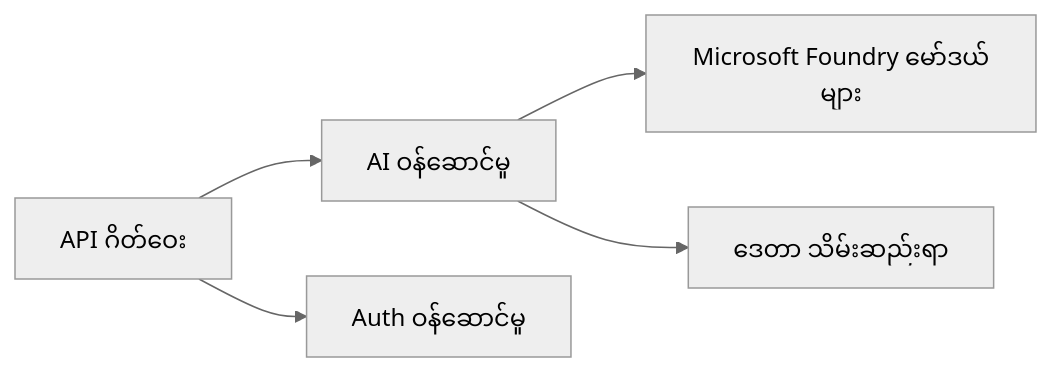
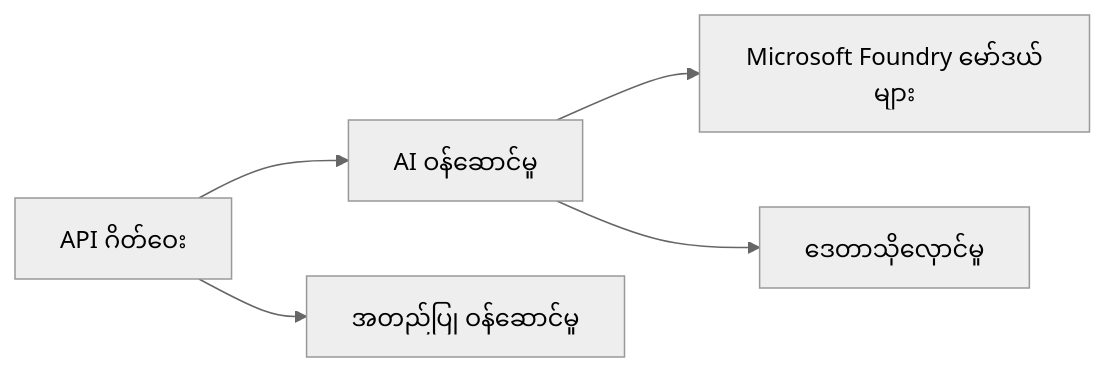
One commit to microsoft/AZD-for-beginners changed the first of 2 diagrams in translations/my/docs/chapter-08-production/README.md. Above: the diagram before and after it, drawn with Mermaid (neutral theme). The commit also changed other lines of this file and 104 other files, not shown here.

````diff
--- a/translations/my/docs/chapter-08-production/README.md
+++ b/translations/my/docs/chapter-08-production/README.md
@@ -48,6 +48,6 @@
 ```mermaid
 graph LR
     Gateway[API ဂိတ်ဝေး] --> AI[AI ဝန်ဆောင်မှု] --> Models[Microsoft Foundry မော်ဒယ်များ]
-    Gateway --> Auth[Auth ဝန်ဆောင်မှု]
-    AI --> Data[ဒေတာ သိမ်းဆည်းရာ]
+    Gateway --> Auth[အတည်ပြု ဝန်ဆောင်မှု]
+    AI --> Data[ဒေတာသိုလှောင်မှု]
 ```
````
